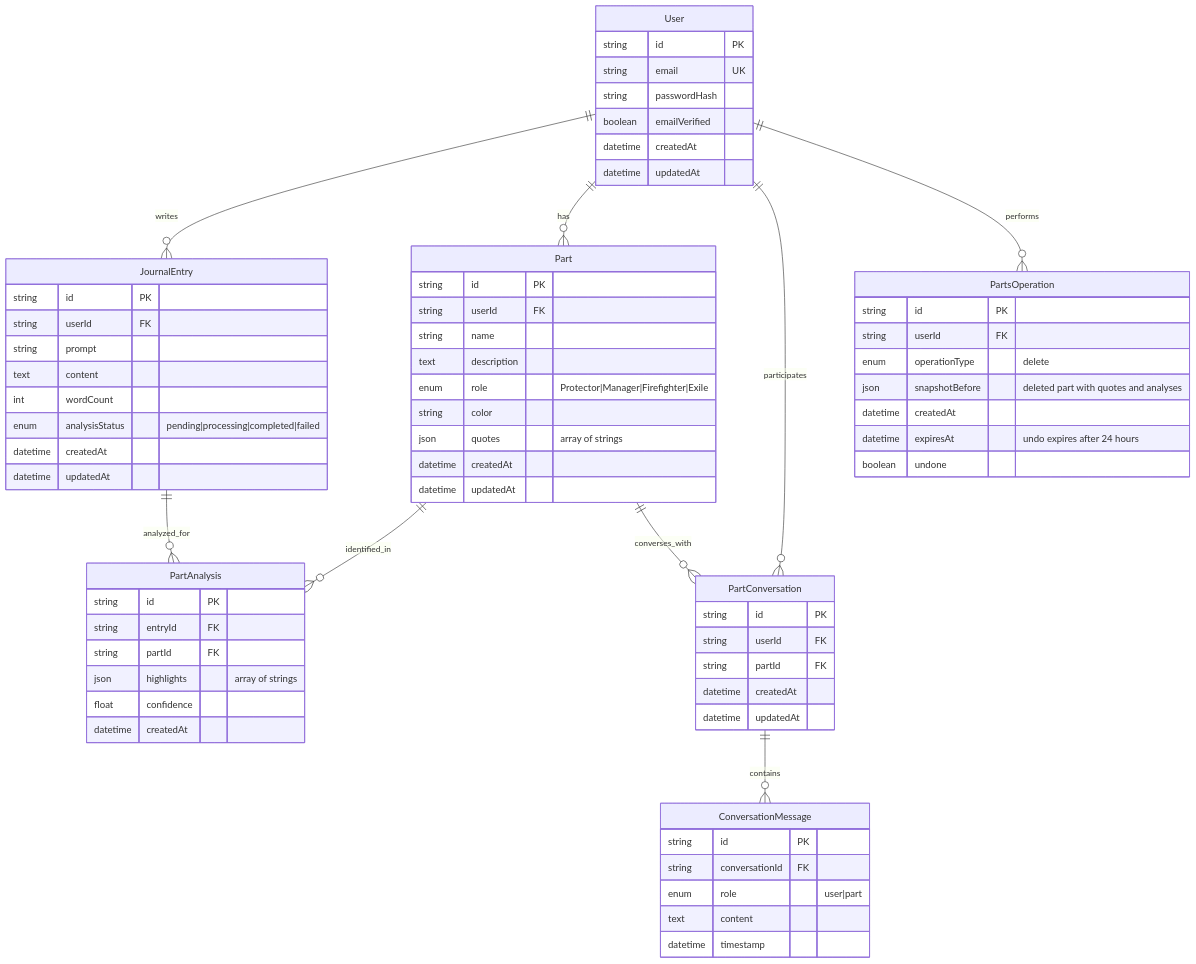
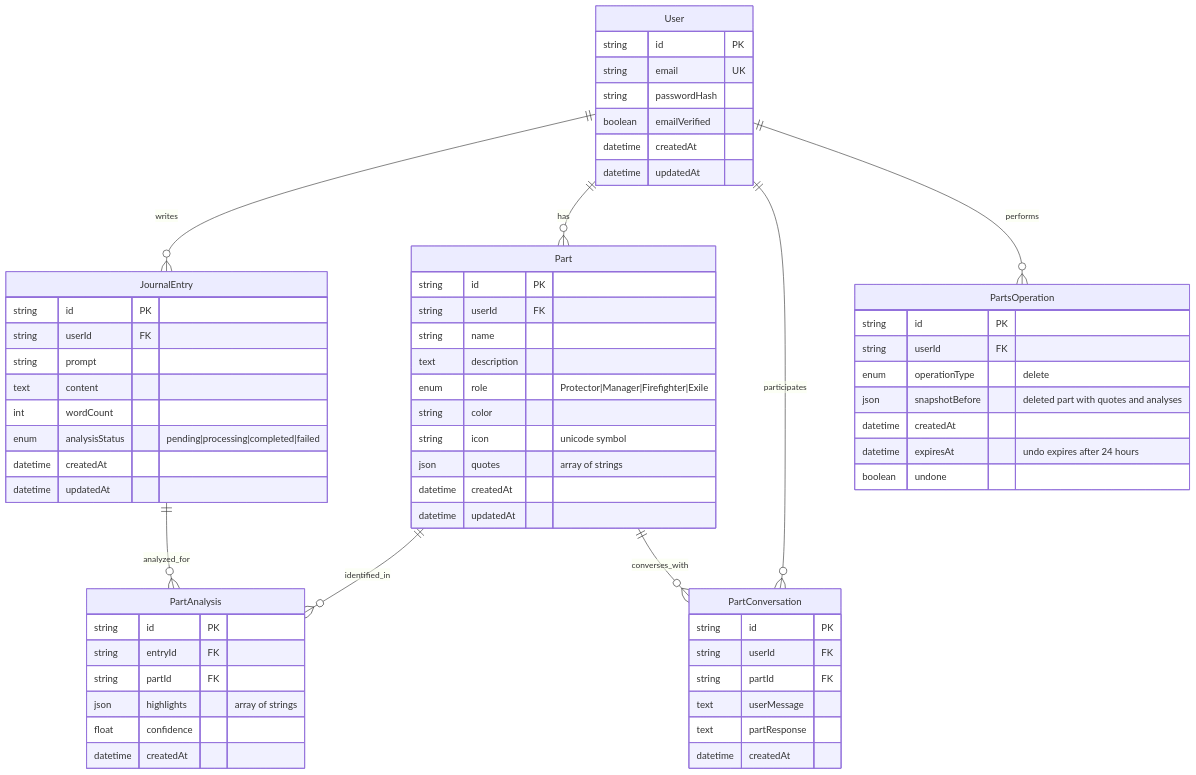
The diagram in .kiro/specs/ifs-journal-app/design.md (justmytwospence/ifs-journal), drawn with Mermaid before and after one commit. The commit also changed other lines of this file and 6 other files, not shown here.

````diff
--- a/.kiro/specs/ifs-journal-app/design.md
+++ b/.kiro/specs/ifs-journal-app/design.md
@@ -86,80 +110,72 @@
 ```mermaid
 erDiagram
     User {
         string id PK
         string email UK
         string passwordHash
         boolean emailVerified
         datetime createdAt
         datetime updatedAt
     }
     
     JournalEntry {
         string id PK
         string userId FK
         string prompt
         text content
         int wordCount
         enum analysisStatus "pending|processing|completed|failed"
         datetime createdAt
         datetime updatedAt
     }
     
     Part {
         string id PK
         string userId FK
         string name
         text description
         enum role "Protector|Manager|Firefighter|Exile"
         string color
+        string icon "unicode symbol"
         json quotes "array of strings"
         datetime createdAt
         datetime updatedAt
     }
     
     PartAnalysis {
         string id PK
         string entryId FK
         string partId FK
         json highlights "array of strings"
         float confidence
         datetime createdAt
     }
     
     PartConversation {
         string id PK
         string userId FK
         string partId FK
+        text userMessage
+        text partResponse
         datetime createdAt
-        datetime updatedAt
-    }
-    
-    ConversationMessage {
-        string id PK
-        string conversationId FK
-        enum role "user|part"
-        text content
-        datetime timestamp
     }
     
     PartsOperation {
         string id PK
         string userId FK
         enum operationType "delete"
         json snapshotBefore "deleted part with quotes and analyses"
         datetime createdAt
         datetime expiresAt "undo expires after 24 hours"
         boolean undone
     }
 
     User ||--o{ JournalEntry : writes
     User ||--o{ Part : has
     User ||--o{ PartConversation : participates
     User ||--o{ PartsOperation : performs
     
     JournalEntry ||--o{ PartAnalysis : analyzed_for
     Part ||--o{ PartAnalysis : identified_in
     Part ||--o{ PartConversation : converses_with
-    
-    PartConversation ||--o{ ConversationMessage : contains
 ```
````
